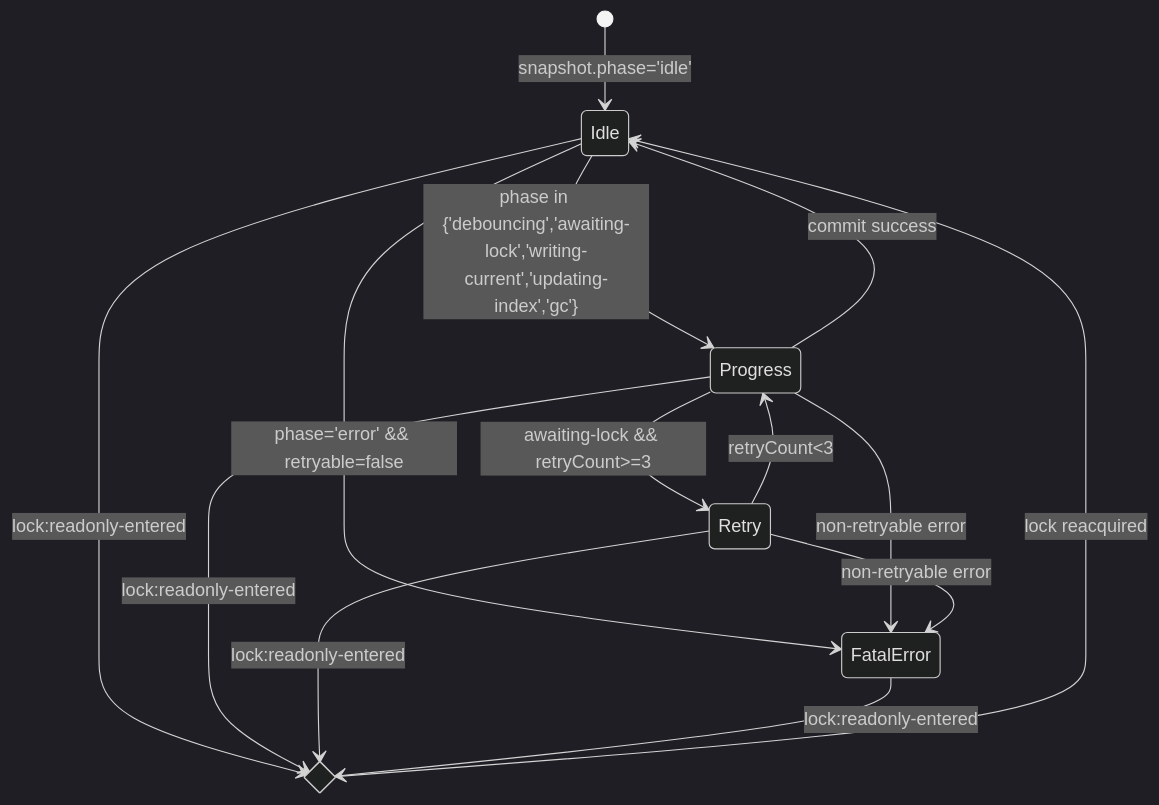
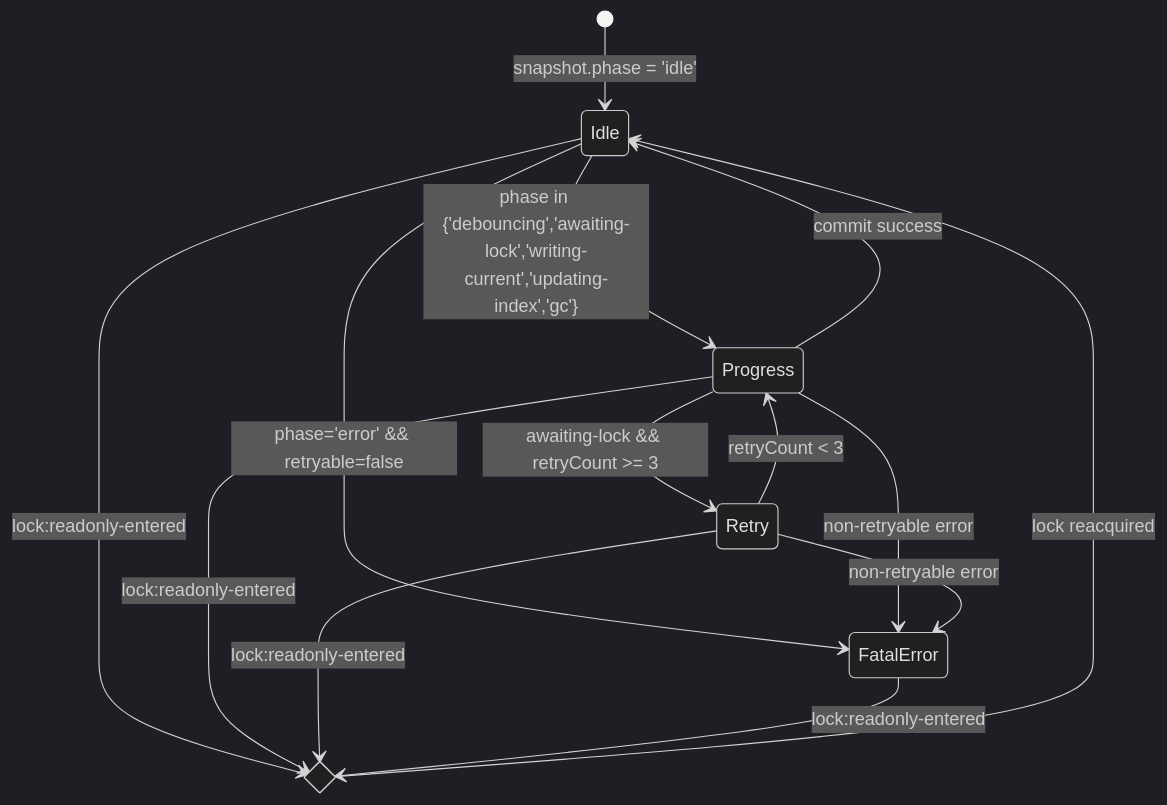
One commit to RNA4219/Conimgponic changed the tenth of 15 diagrams in docs/AUTOSAVE-DESIGN-IMPL.md. Above: the diagram before and after it, drawn with Mermaid (dark theme). The commit also changed other lines of this file and 1 other file, not shown here.

````diff
--- a/docs/AUTOSAVE-DESIGN-IMPL.md
+++ b/docs/AUTOSAVE-DESIGN-IMPL.md
@@ -475,17 +473,17 @@
 ```mermaid
 stateDiagram-v2
-    [*] --> Idle: snapshot.phase='idle'
+    [*] --> Idle: snapshot.phase = 'idle'
     Idle --> Progress: phase in {'debouncing','awaiting-lock','writing-current','updating-index','gc'}
     Progress --> Idle: commit success
-    Progress --> Retry: awaiting-lock && retryCount>=3
-    Retry --> Progress: retryCount<3
+    Progress --> Retry: awaiting-lock && retryCount >= 3
+    Retry --> Progress: retryCount < 3
     Idle --> FatalError: phase='error' && retryable=false
     Progress --> FatalError: non-retryable error
     Retry --> FatalError: non-retryable error
     state ReadOnly <<choice>>
     Idle --> ReadOnly: lock:readonly-entered
     Progress --> ReadOnly: lock:readonly-entered
     Retry --> ReadOnly: lock:readonly-entered
     FatalError --> ReadOnly: lock:readonly-entered
     ReadOnly --> Idle: lock reacquired
 ```
````
